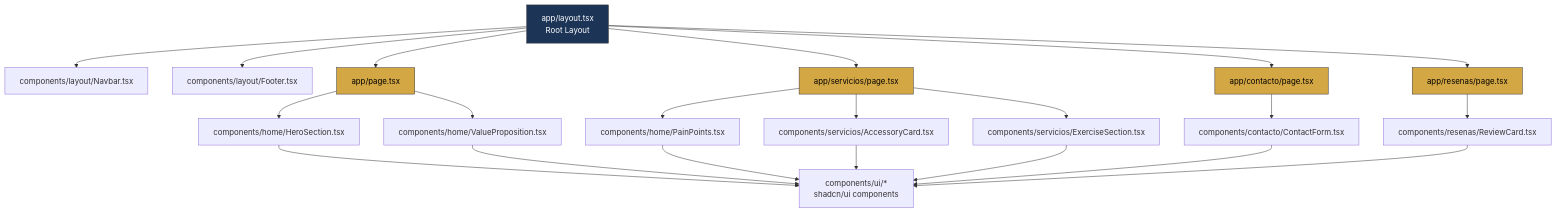
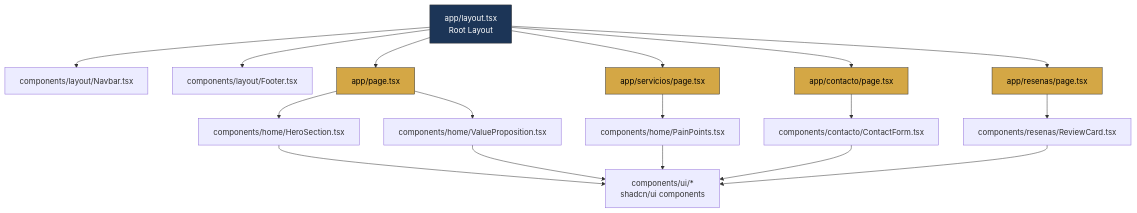
One commit to Leonela88/health-control-web changed the second of 3 diagrams in README.md. Above: the diagram before and after it, drawn with Mermaid. The commit also changed other lines of this file and 1 other file, not shown here.

````diff
--- a/README.md
+++ b/README.md
@@ -311,41 +319,38 @@
 ```mermaid
 graph TD
     Layout["app/layout.tsx<br/>Root Layout"]
     Navbar["components/layout/Navbar.tsx"]
     Footer["components/layout/Footer.tsx"]
     
     Home["app/page.tsx"]
     HeroSection["components/home/HeroSection.tsx"]
     ValueProp["components/home/ValueProposition.tsx"]
     
     Servicios["app/servicios/page.tsx"]
     PainPoints["components/home/PainPoints.tsx"]
-    AccessoryCard["components/servicios/AccessoryCard.tsx"]
-    ExerciseSection["components/servicios/ExerciseSection.tsx"]
     
     Contacto["app/contacto/page.tsx"]
     ContactForm["components/contacto/ContactForm.tsx"]
     
     Resenas["app/resenas/page.tsx"]
     ReviewCard["components/resenas/ReviewCard.tsx"]
     
     UI["components/ui/*<br/>shadcn/ui components"]
     
     Layout --> Navbar
     Layout --> Footer
     Layout --> Home & Servicios & Contacto & Resenas
     
     Home --> HeroSection & ValueProp
-    Servicios --> PainPoints & AccessoryCard & ExerciseSection
+    Servicios --> PainPoints
     Contacto --> ContactForm
     Resenas --> ReviewCard
     
     HeroSection & ValueProp & PainPoints & ContactForm & ReviewCard --> UI
-    AccessoryCard & ExerciseSection --> UI
 
     style Layout fill:#1c3557,stroke:#333,color:#fff
     style Home fill:#d4a745,stroke:#333,color:#000
     style Servicios fill:#d4a745,stroke:#333,color:#000
     style Contacto fill:#d4a745,stroke:#333,color:#000
     style Resenas fill:#d4a745,stroke:#333,color:#000
 ```
````
